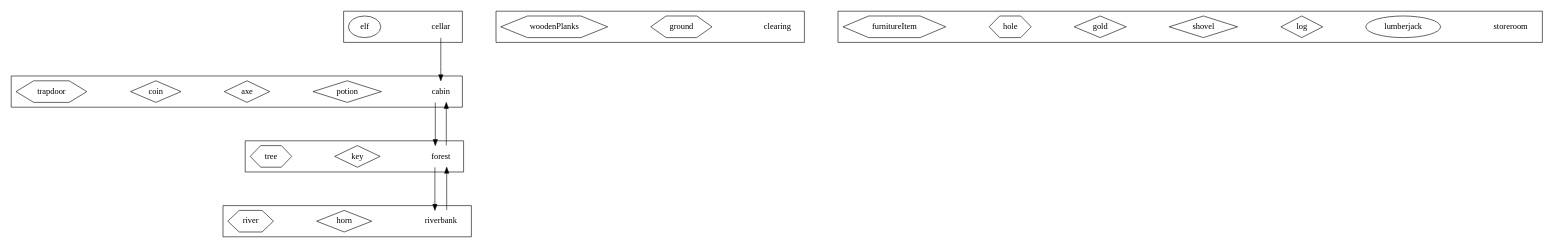
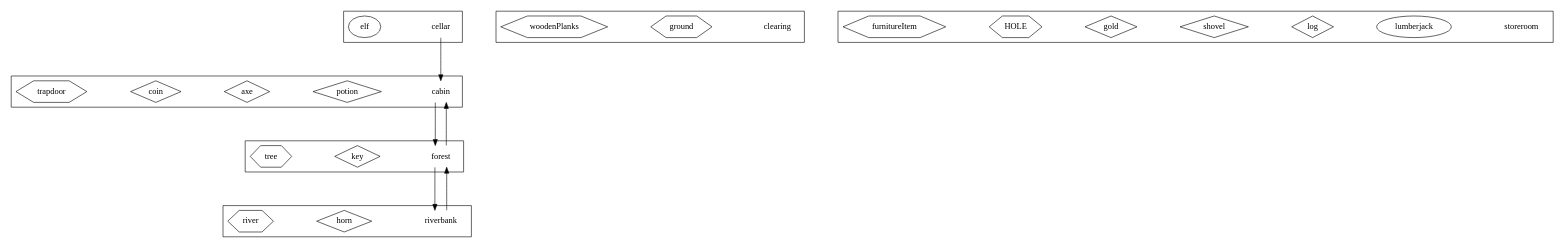
The diagram in cw-stag/config/extended-entities2.dot (SecretsAndLies/JAVA-CV-2023), drawn with Graphviz before and after one commit. The commit also changed 1 other file, not shown here.

```diff
--- a/cw-stag/config/extended-entities2.dot
+++ b/cw-stag/config/extended-entities2.dot
@@ -1,100 +1,100 @@
 digraph layout {
     /* ortho splines just makes the arrows into straight lines (rather than curvy ones !) */
     splines = ortho;
     /* space everything out a bit to make it easier to see (for larger models) */
     graph [ranksep="1" nodesep="1"];
     node [shape = "rect"];
 
     subgraph locations {
 
         subgraph cluster001 {
             node [shape = "none"];
             cabin [description = "A log cabin in the woods"];
             subgraph artefacts {
                 node [shape = "diamond"];
                 potion [description = "A bottle of magic potion"];
                 axe [description = "A razor sharp axe"];
                 coin [description = "A silver coin"];
             }
             subgraph furniture {
                 node [shape = "hexagon"];
                 trapdoor [description = "A locked wooden trapdoor in the floor"];
             }
         }
 
         subgraph cluster002 {
             node [shape = "none"];
             forest [description = "A deep dark forest"];
             subgraph artefacts {
                 node [shape = "diamond"];
                 key [description = "A rusty old key"];
             }
             subgraph furniture {
                 node [shape = "hexagon"];
                 tree [description = "A tall pine tree"];
             }
         }
 
         subgraph cluster003 {
             node [shape = "none"];
             cellar [description = "A dusty cellar"]
             subgraph characters {
                 node [shape = "ellipse"];
                 elf [description = "An angry looking Elf"];
             }
         }
 
         subgraph cluster004 {
             node [shape = "none"];
             riverbank [description = "A grassy riverbank"]
             subgraph artefacts {
                 node [shape = "diamond"];
                 horn [description = "An old brass horn"];
             }
             subgraph furniture {
                 node [shape = "hexagon"];
                 river [description = "A fast flowing river"];
             }
         }
 
         subgraph cluster005 {
             node [shape = "none"];
             clearing [description = "A clearing in the woods"]
             subgraph furniture {
                 node [shape = "hexagon"];
                 ground [description = "It looks like the soil has been recently disturbed"];
                 woodenPlanks [description = "A pile of wooden planks"];
             }
         }
 
         subgraph cluster999 {
             node [shape = "none"];
             storeroom [description = "Storage for any entities not placed in the game"]
             subgraph characters {
                 node [shape = "ellipse"];
                 lumberjack [description = "A burly wood cutter"];
             }
             subgraph artefacts {
                 node [shape = "diamond"];
                 log [description = "A heavy wooden log"];
                 shovel [description = "A sturdy shovel"];
                 gold [description = "A big pot of gold"];
             }
             subgraph furniture {
                 node [shape = "hexagon"];
-                hole [description = "A deep hole in the ground"];
+                HOLE [description = "A deep hole in the ground"];
                 furnitureItem [description = "An item of furniture"];
             }
         }
 
     }
 
     subgraph paths {
         cabin -> forest;
         forest -> cabin;
         cellar -> cabin;
         forest -> riverbank
         riverbank -> forest
     }
 
 }
```
